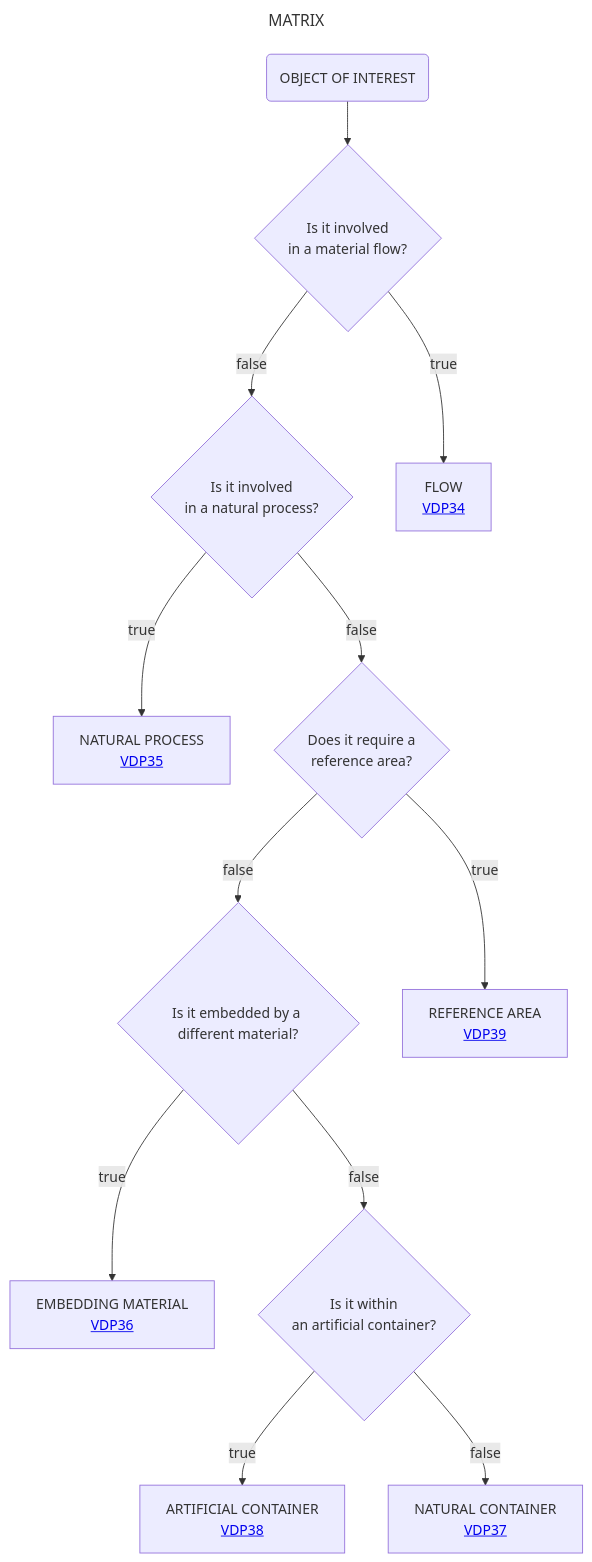
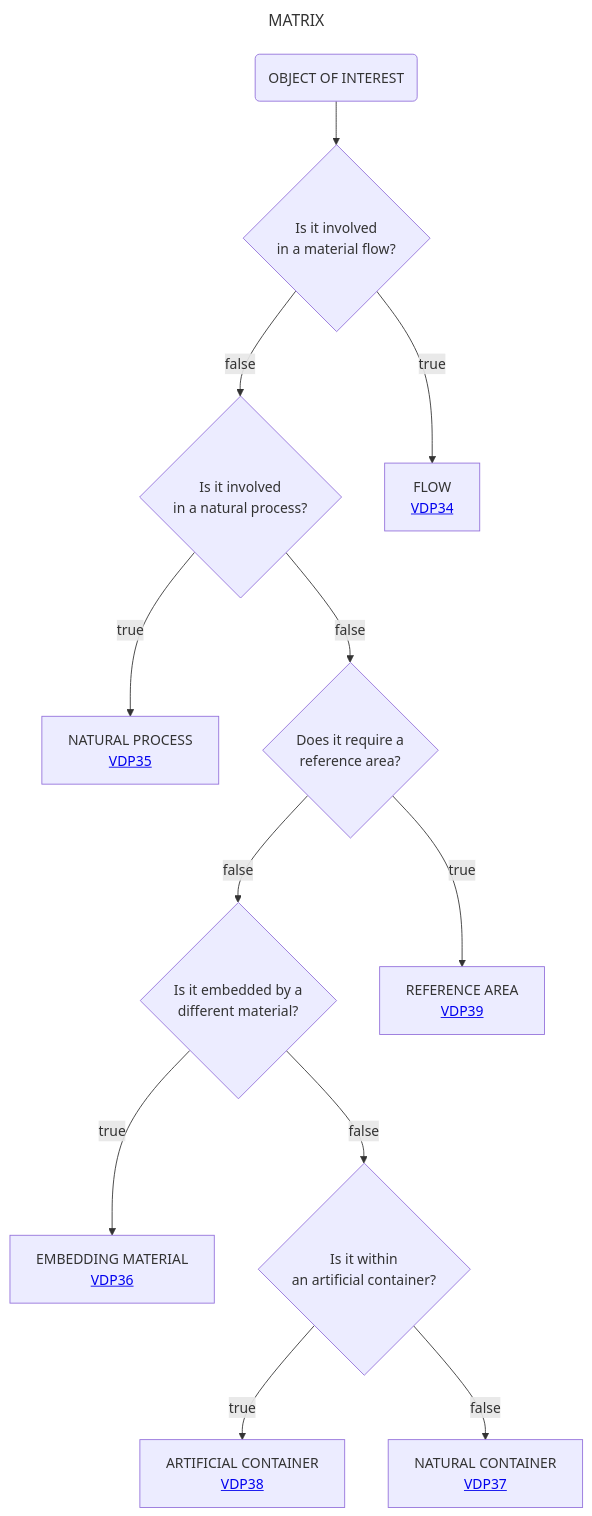
One commit to mabablue/I-ADOPT-patterns-playground changed the diagram in Decisition_trees/DT7.mmd. Above: the diagram before and after it, drawn with Mermaid.

```diff
--- a/Decisition_trees/DT7.mmd
+++ b/Decisition_trees/DT7.mmd
@@ -1,15 +1,15 @@
 ---
 title: MATRIX
 ---
 flowchart TD
     A(OBJECT OF INTEREST) --> AB{Is it involved <br> in a material flow?}  
     AB --> |false|B{Is it involved <br> in a natural process?}
     AB --> |true|O[FLOW <br> <a href='https://github.com/mabablue/I-ADOPT-patterns-playground/blob/main/pattern/VDP34.yaml'>VDP34</a>]
     B --> |true|C[NATURAL PROCESS <br> <a href='https://github.com/mabablue/I-ADOPT-patterns-playground/blob/main/pattern/VDP35.yaml'>VDP35</a>]
     B --> |false|D{Does it require a <br> reference area?}
-    D --> |false|E{Is it embedded by a different material?}
+    D --> |false|E{Is it embedded by a <br> different material?}
     D --> |true|F[REFERENCE AREA <br> <a href='https://github.com/mabablue/I-ADOPT-patterns-playground/blob/main/pattern/VDP39.yaml'>VDP39</a>]
     E --> |true|G[EMBEDDING MATERIAL <br> <a href='https://github.com/mabablue/I-ADOPT-patterns-playground/blob/main/pattern/VDP36.yaml'>VDP36</a>]
     E --> |false|H{Is it within <br> an artificial container?}
     H --> |true|I[ARTIFICIAL CONTAINER <br> <a href='https://github.com/mabablue/I-ADOPT-patterns-playground/blob/main/pattern/VDP38.yaml'>VDP38</a>]
     H --> |false|J[NATURAL CONTAINER <br> <a href='https://github.com/mabablue/I-ADOPT-patterns-playground/blob/main/pattern/VDP37.yaml'>VDP37</a>]
```
